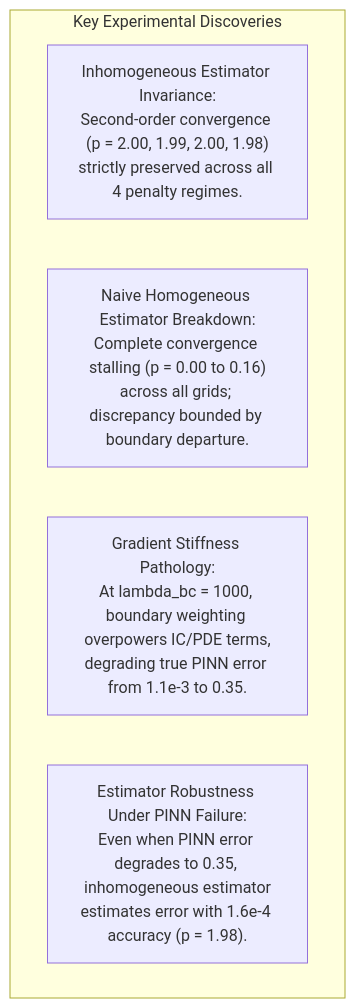
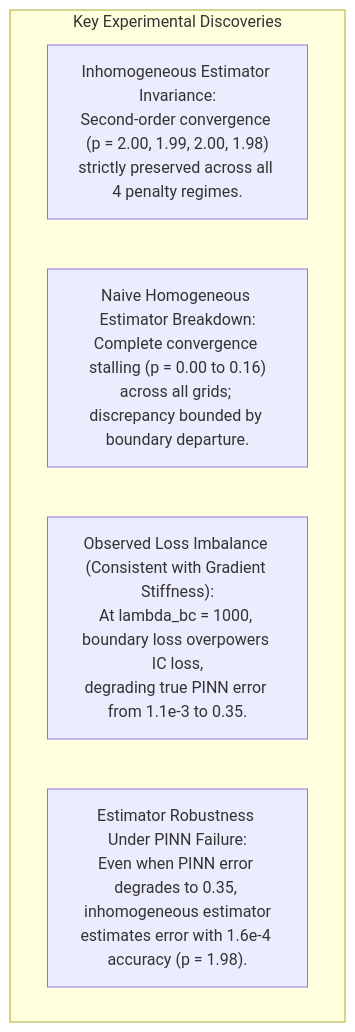
One commit to harsh-bitverse/Numerical-Insight-Lab changed the diagram in Docs/penalty_sweep_analysis.md. Above: the diagram before and after it, drawn with Mermaid. The commit also changed other lines of this file and 6 other files, not shown here.

````diff
--- a/Docs/penalty_sweep_analysis.md
+++ b/Docs/penalty_sweep_analysis.md
@@ -24,9 +24,9 @@
 ```mermaid
 flowchart TD
     subgraph EmpiricalFindings["Key Experimental Discoveries"]
         E1["Inhomogeneous Estimator Invariance:<br>Second-order convergence (p = 2.00, 1.99, 2.00, 1.98)<br>strictly preserved across all 4 penalty regimes."]
         E2["Naive Homogeneous Estimator Breakdown:<br>Complete convergence stalling (p = 0.00 to 0.16)<br>across all grids; discrepancy bounded by boundary departure."]
-        E3["Gradient Stiffness Pathology:<br>At lambda_bc = 1000, boundary weighting overpowers IC/PDE terms,<br>degrading true PINN error from 1.1e-3 to 0.35."]
+        E3["Observed Loss Imbalance (Consistent with Gradient Stiffness):<br>At lambda_bc = 1000, boundary loss overpowers IC loss,<br>degrading true PINN error from 1.1e-3 to 0.35."]
         E4["Estimator Robustness Under PINN Failure:<br>Even when PINN error degrades to 0.35, inhomogeneous estimator<br>estimates error with 1.6e-4 accuracy (p = 1.98)."]
     end
 ```
````
